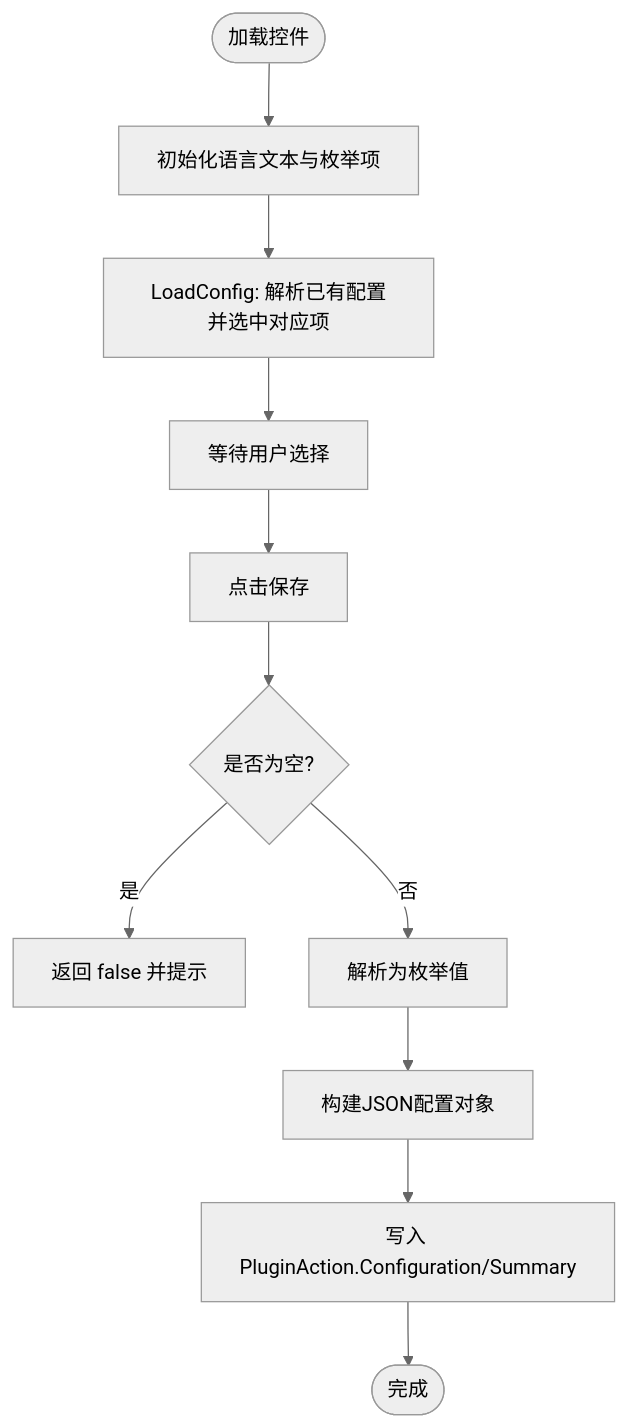
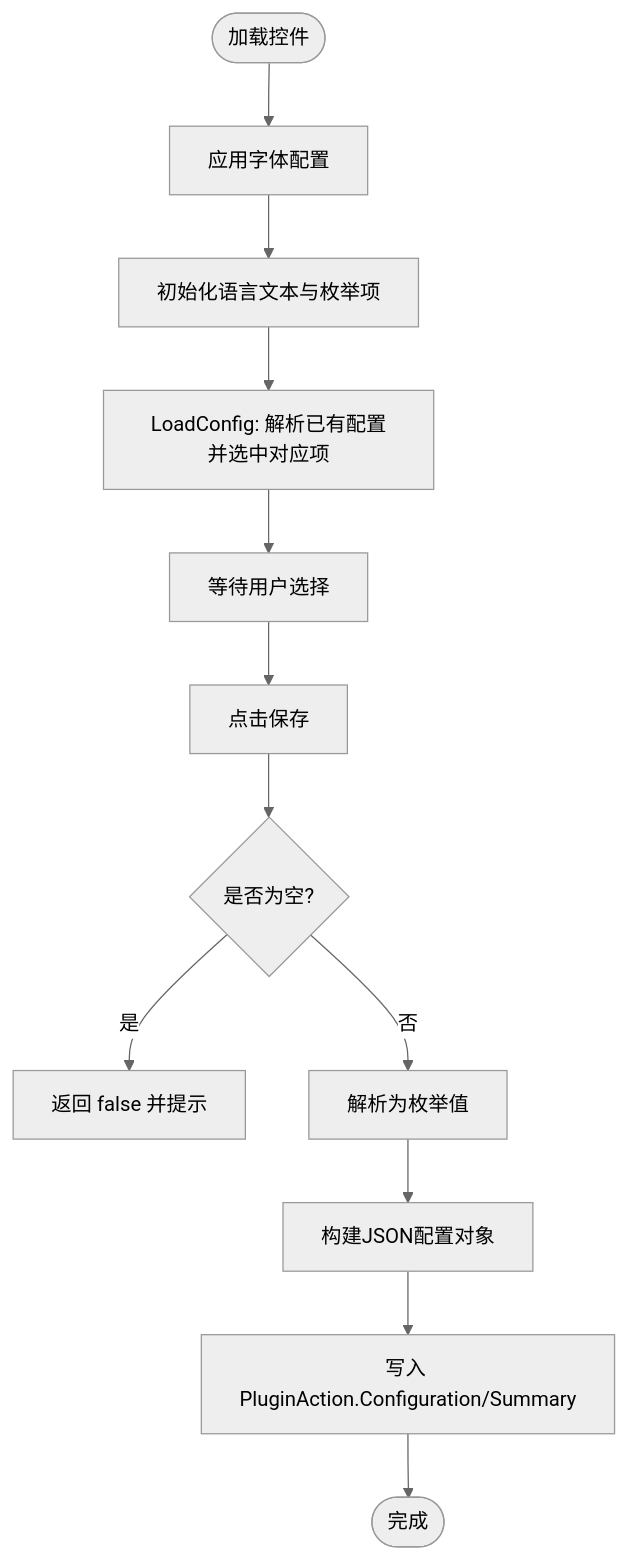
The eighth of 18 diagrams in .qoder/repowiki/zh/content/开发者指南/GUI组件开发/GUI组件开发.md (tea4go/Macro-Deck-Windows-Utils-Plugin), drawn with Mermaid (neutral theme) before and after one commit. The commit also changed other lines of this file and 13 other files, not shown here.

````diff
--- a/.qoder/repowiki/zh/content/开发者指南/GUI组件开发/GUI组件开发.md
+++ b/.qoder/repowiki/zh/content/开发者指南/GUI组件开发/GUI组件开发.md
@@ -201,13 +292,14 @@
 ```mermaid
 flowchart TD
-Start(["加载控件"]) --> Init["初始化语言文本与枚举项"]
+Start(["加载控件"]) --> Font["应用字体配置"]
+Font --> Init["初始化语言文本与枚举项"]
 Init --> LoadCfg["LoadConfig: 解析已有配置并选中对应项"]
 LoadCfg --> Wait["等待用户选择"]
 Wait --> Save["点击保存"]
 Save --> Validate{"是否为空?"}
 Validate --> |是| Fail["返回 false 并提示"]
 Validate --> |否| Parse["解析为枚举值"]
 Parse --> Build["构建JSON配置对象"]
 Build --> Persist["写入 PluginAction.Configuration/Summary"]
 Persist --> Done(["完成"])
 ```
````
